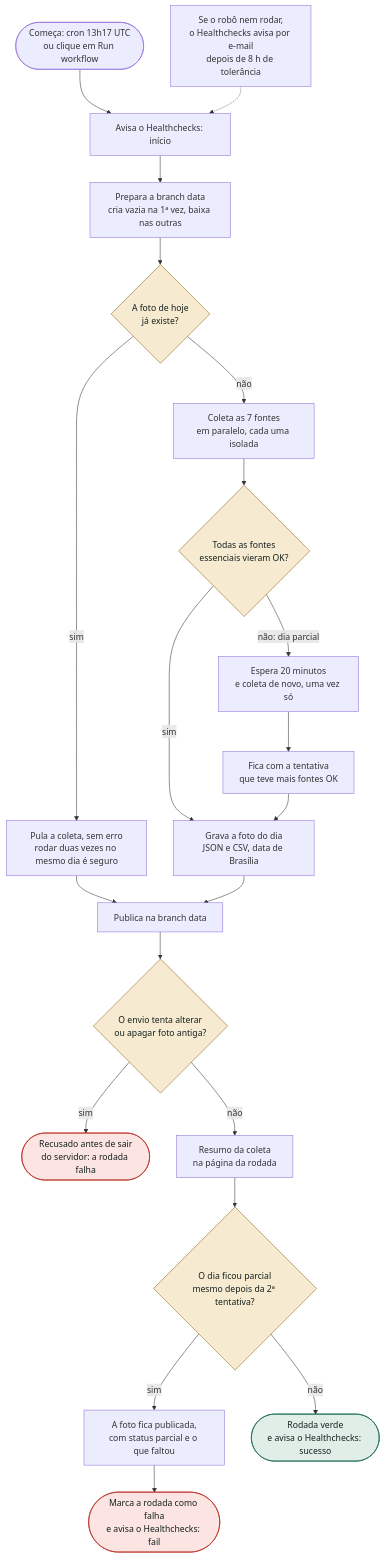
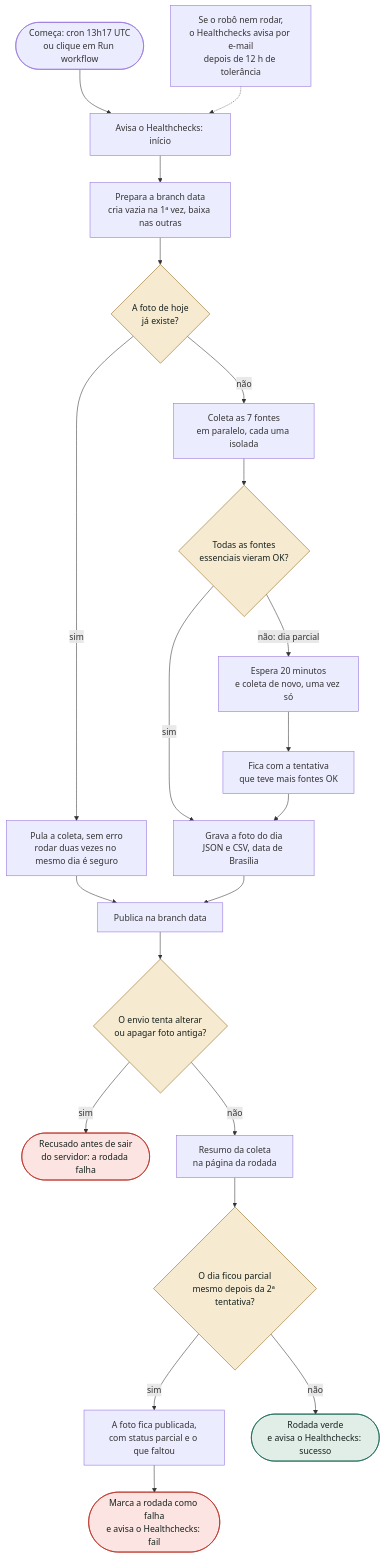
Before and after one commit to victor-ozores/Radar-Pricing: the second of 8 diagrams in docs/fluxograma.md, drawn with Mermaid. The commit also changed 2 other files, not shown here.

Commit message:
docs: texto do painel com a tolerância de 12 h e as três rodadas agendadas
A tela "O robô travou?" ainda dizia 8 horas de tolerância do Healthchecks e não
explicava por que a tira mostra até três rodadas agendadas por dia útil (o
horário principal e as duas reservas; a primeira que chega coleta e as outras
só confirmam que a foto do dia já existe).

````diff
--- a/docs/fluxograma.md
+++ b/docs/fluxograma.md
@@ -60,31 +60,31 @@
 ```mermaid
 flowchart TD
     A(["Começa: cron 13h17 UTC<br/>ou clique em Run workflow"]) --> B["Avisa o Healthchecks: início"]
     B --> C["Prepara a branch data<br/>cria vazia na 1ª vez, baixa nas outras"]
     C --> D{"A foto de hoje<br/>já existe?"}
     D -->|"sim"| Z1["Pula a coleta, sem erro<br/>rodar duas vezes no mesmo dia é seguro"]
     Z1 --> I
     D -->|"não"| E["Coleta as 7 fontes<br/>em paralelo, cada uma isolada"]
     E --> F{"Todas as fontes<br/>essenciais vieram OK?"}
     F -->|"sim"| H
     F -->|"não: dia parcial"| G["Espera 20 minutos<br/>e coleta de novo, uma vez só"]
     G --> G2["Fica com a tentativa<br/>que teve mais fontes OK"]
     G2 --> H["Grava a foto do dia<br/>JSON e CSV, data de Brasília"]
     H --> I["Publica na branch data"]
     I --> J{"O envio tenta alterar<br/>ou apagar foto antiga?"}
     J -->|"sim"| Z2(["Recusado antes de sair<br/>do servidor: a rodada falha"])
     J -->|"não"| K["Resumo da coleta<br/>na página da rodada"]
     K --> L{"O dia ficou parcial<br/>mesmo depois da 2ª tentativa?"}
     L -->|"sim"| M["A foto fica publicada,<br/>com status parcial e o que faltou"]
     M --> N(["Marca a rodada como falha<br/>e avisa o Healthchecks: fail"])
     L -->|"não"| O(["Rodada verde<br/>e avisa o Healthchecks: sucesso"])
 
-    HC2["Se o robô nem rodar,<br/>o Healthchecks avisa por e-mail<br/>depois de 8 h de tolerância"] -.-> B
+    HC2["Se o robô nem rodar,<br/>o Healthchecks avisa por e-mail<br/>depois de 12 h de tolerância"] -.-> B
 
     classDef fim fill:#e1eee8,stroke:#0b5d4b,color:#15211e
     classDef ruim fill:#fbe4e1,stroke:#b42318,color:#15211e
     classDef decisao fill:#f6ead0,stroke:#8f6314,color:#15211e
     class O fim
     class N,Z2 ruim
     class D,F,J,L decisao
 ```
````
